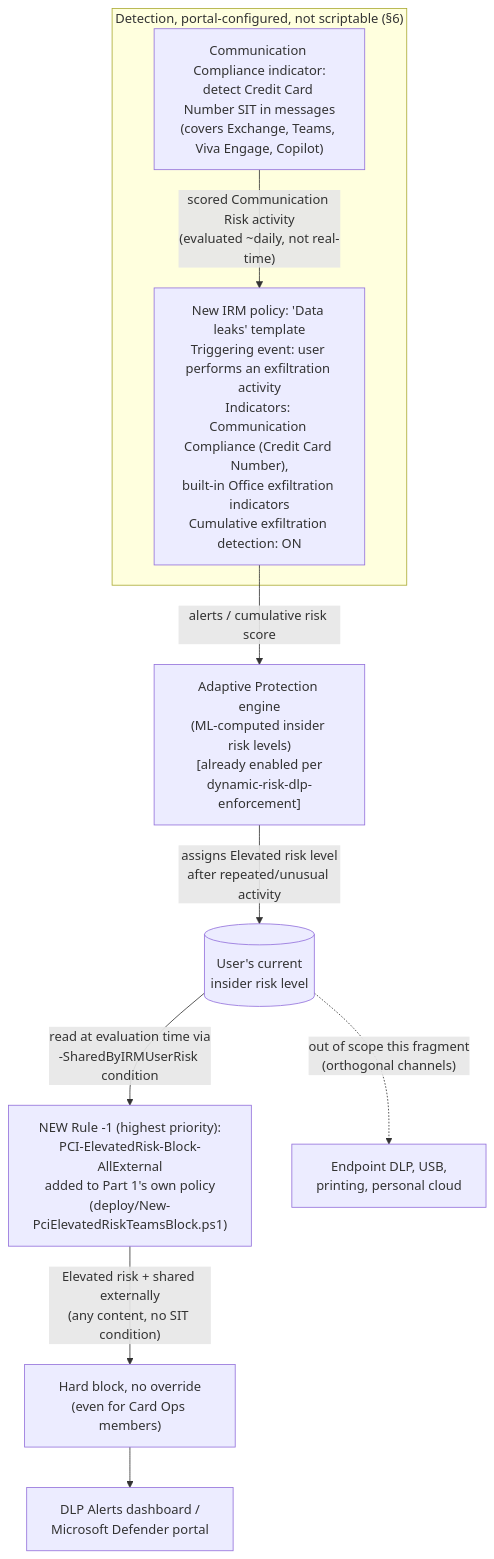
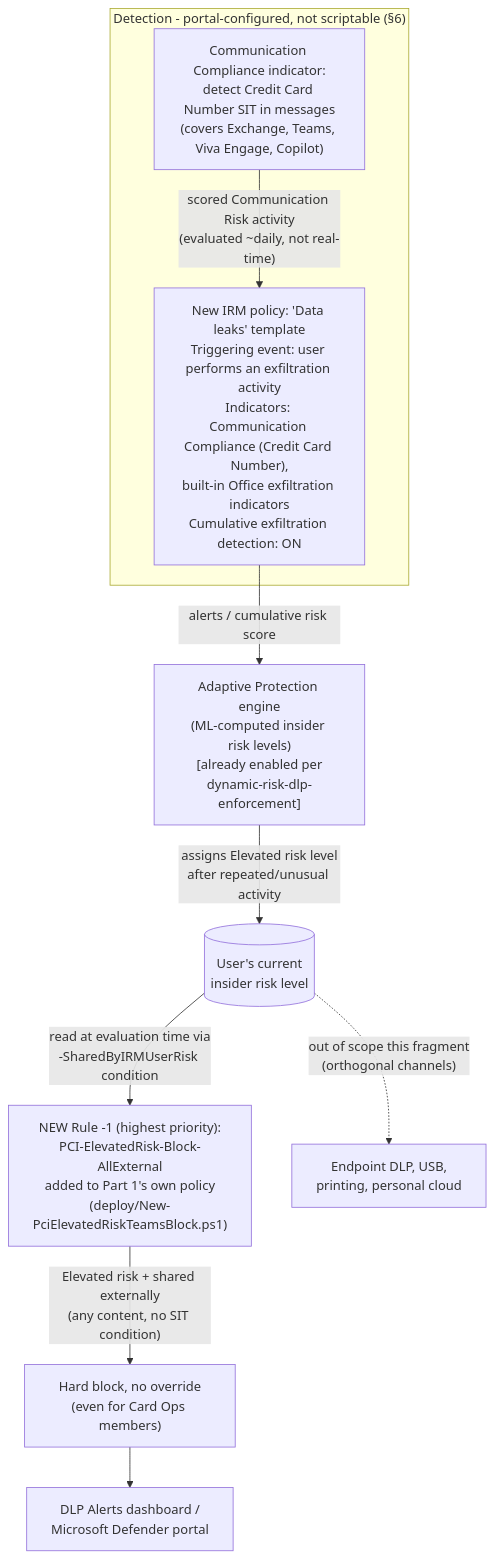
The diagram in src/content/scenarios/dlp/pci-teams-exfil-block-part2-obfuscation-mitigation.design.md (kpsec1/kpsec1.github.io), drawn with Mermaid before and after one commit. The commit also changed other lines of this file and 374 other files, not shown here.

````diff
--- a/src/content/scenarios/dlp/pci-teams-exfil-block-part2-obfuscation-mitigation.design.md
+++ b/src/content/scenarios/dlp/pci-teams-exfil-block-part2-obfuscation-mitigation.design.md
@@ -68,14 +68,14 @@
 ```mermaid
 flowchart TD
-    subgraph Detect["Detection, portal-configured, not scriptable (§6)"]
+    subgraph Detect["Detection - portal-configured, not scriptable (§6)"]
         CC["Communication Compliance indicator:\ndetect Credit Card Number SIT in messages\n(covers Exchange, Teams, Viva Engage, Copilot)"]
         IRM["New IRM policy: 'Data leaks' template\nTriggering event: user performs an exfiltration activity\nIndicators: Communication Compliance (Credit Card Number),\nbuilt-in Office exfiltration indicators\nCumulative exfiltration detection: ON"]
         CC -->|"scored Communication Risk activity\n(evaluated ~daily, not real-time)"| IRM
     end
     IRM -->|alerts / cumulative risk score| APEngine["Adaptive Protection engine\n(ML-computed insider risk levels)\n[already enabled per\ndynamic-risk-dlp-enforcement]"]
     APEngine -->|"assigns Elevated risk level\nafter repeated/unusual activity"| RiskLevel[("User's current\ninsider risk level")]
     RiskLevel -->|"read at evaluation time via\n-SharedByIRMUserRisk condition"| NewRule["NEW Rule -1 (highest priority):\nPCI-ElevatedRisk-Block-AllExternal\nadded to Part 1's own policy\n(deploy/New-PciElevatedRiskTeamsBlock.ps1)"]
     NewRule -->|"Elevated risk + shared externally\n(any content, no SIT condition)"| Block["Hard block, no override\n(even for Card Ops members)"]
     Block --> Reports["DLP Alerts dashboard /\nMicrosoft Defender portal"]
     RiskLevel -.->|"out of scope this fragment\n(orthogonal channels)"| Endpoint["Endpoint DLP, USB,\nprinting, personal cloud"]
 ```
````
